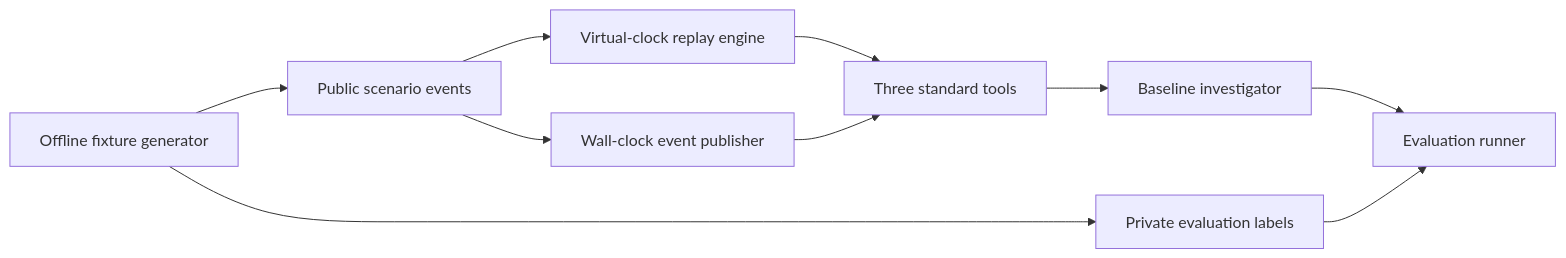
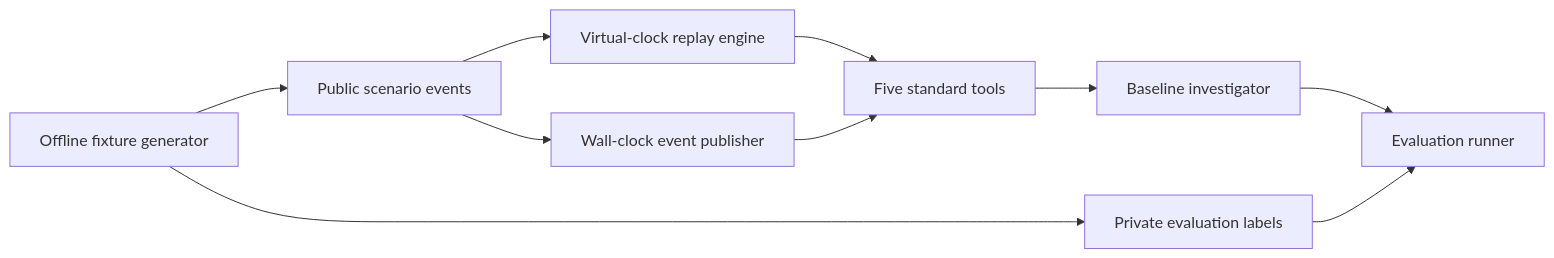
The diagram in docs/simulation.md (karitselmuthu/Enterprise-Agent-Engineering-Evaluation), drawn with Mermaid before and after one commit. The commit also changed other lines of this file and 20 other files, not shown here.

````diff
--- a/docs/simulation.md
+++ b/docs/simulation.md
@@ -7,12 +7,12 @@
 ```mermaid
 flowchart LR
     Generator[Offline fixture generator] --> Public[Public scenario events]
     Generator --> Truth[Private evaluation labels]
     Public --> Replay[Virtual-clock replay engine]
     Public --> Live[Wall-clock event publisher]
-    Replay --> Tools[Three standard tools]
+    Replay --> Tools[Five standard tools]
     Live --> Tools
     Tools --> Agent[Baseline investigator]
     Agent --> Evaluation[Evaluation runner]
     Truth --> Evaluation
 ```
````
